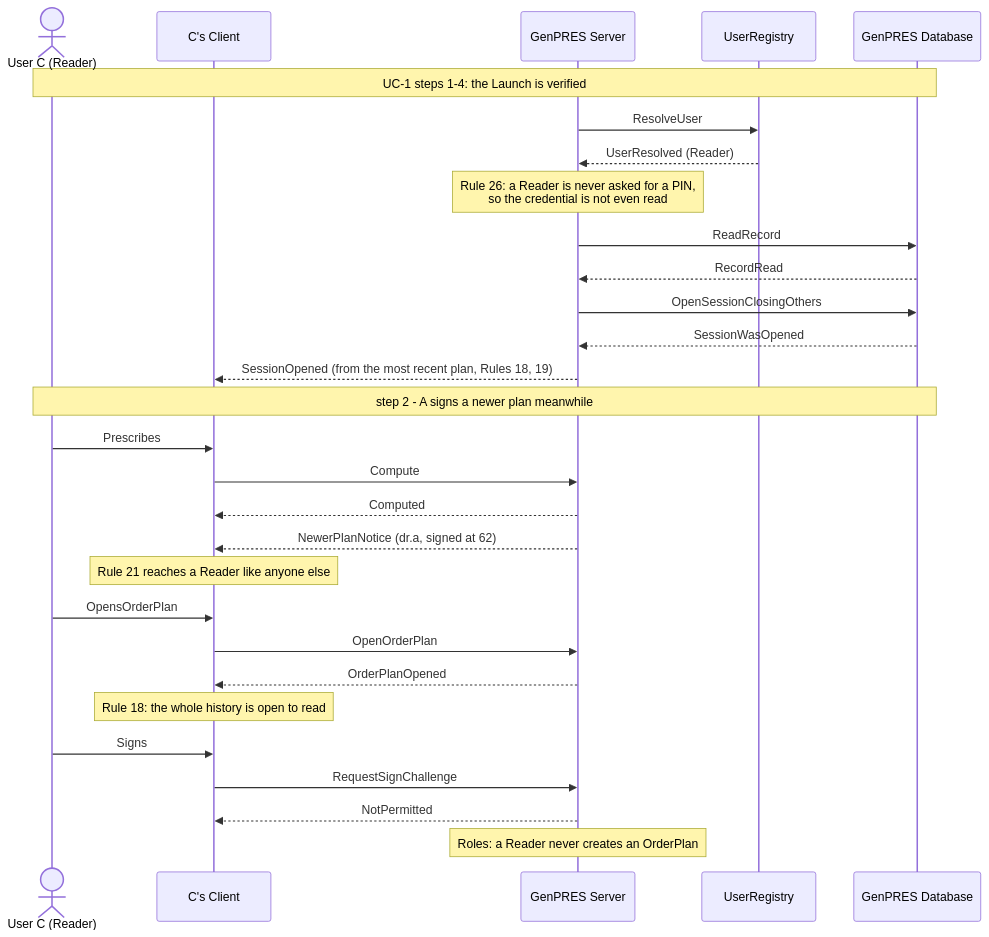
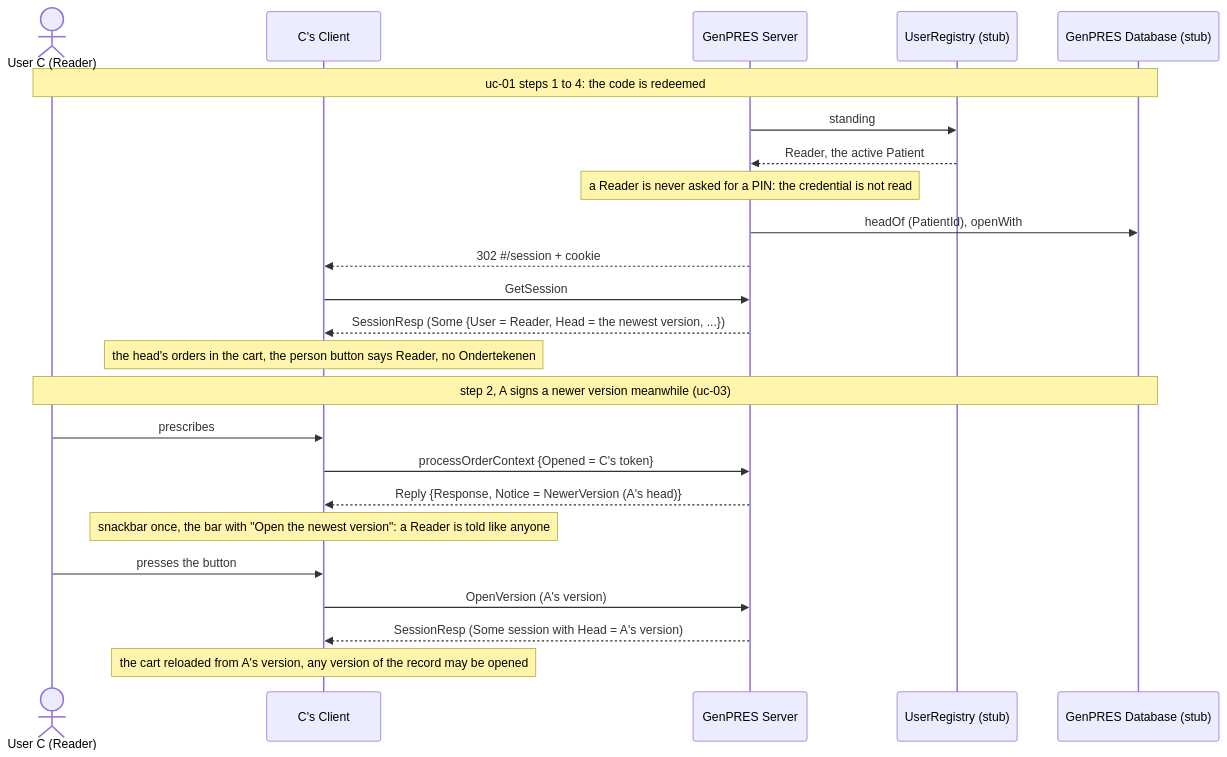
The diagram in docs/scenarios/integration/uc-09-reader.md (informedica/GenPRES), drawn with Mermaid before and after one commit. The commit also changed other lines of this file and 13 other files, not shown here.

````diff
--- a/docs/scenarios/integration/uc-09-reader.md
+++ b/docs/scenarios/integration/uc-09-reader.md
@@ -9,38 +9,31 @@
 ```mermaid
 sequenceDiagram
     actor C as User C (Reader)
     participant CC as C's Client
     participant S as GenPRES Server
-    participant R as UserRegistry
-    participant D as GenPRES Database
+    participant R as UserRegistry (stub)
+    participant D as GenPRES Database (stub)
 
-    Note over C,D: UC-1 steps 1-4: the Launch is verified
+    Note over C,D: uc-01 steps 1 to 4: the code is redeemed
 
-    S->>R: ResolveUser
-    R-->>S: UserResolved (Reader)
-    Note over S: Rule 26: a Reader is never asked for a PIN,<br/>so the credential is not even read
+    S->>R: standing
+    R-->>S: Reader, the active Patient
+    Note over S: a Reader is never asked for a PIN: the credential is not read
+    S->>D: headOf (PatientId), openWith
+    S-->>CC: 302 #35;/session + cookie
+    CC->>S: GetSession
+    S-->>CC: SessionResp (Some {User = Reader, Head = the newest version, ...})
+    Note over CC: the head's orders in the cart, the person button says Reader, no Ondertekenen
 
-    S->>D: ReadRecord
-    D-->>S: RecordRead
-    S->>D: OpenSessionClosingOthers
-    D-->>S: SessionWasOpened
-    S-->>CC: SessionOpened (from the most recent plan, Rules 18, 19)
+    Note over C,D: step 2, A signs a newer version meanwhile (uc-03)
 
-    Note over C,D: step 2 - A signs a newer plan meanwhile
+    C->>CC: prescribes
+    CC->>S: processOrderContext {Opened = C's token}
+    S-->>CC: Reply {Response, Notice = NewerVersion (A's head)}
+    Note over CC: snackbar once, the bar with "Open the newest version": a Reader is told like anyone
 
-    C->>CC: Prescribes
-    CC->>S: Compute
-    S-->>CC: Computed
-    S-->>CC: NewerPlanNotice (dr.a, signed at 62)
-    Note over CC: Rule 21 reaches a Reader like anyone else
-
-    C->>CC: OpensOrderPlan
-    CC->>S: OpenOrderPlan
-    S-->>CC: OrderPlanOpened
-    Note over CC: Rule 18: the whole history is open to read
-
-    C->>CC: Signs
-    CC->>S: RequestSignChallenge
-    S-->>CC: NotPermitted
-    Note over S: Roles: a Reader never creates an OrderPlan
+    C->>CC: presses the button
+    CC->>S: OpenVersion (A's version)
+    S-->>CC: SessionResp (Some session with Head = A's version)
+    Note over CC: the cart reloaded from A's version, any version of the record may be opened
 ```
````
